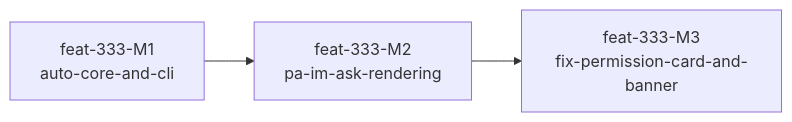
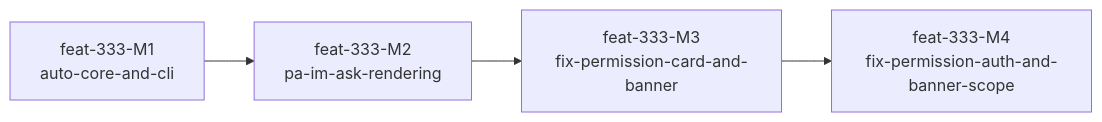
One commit to Mrchen116/nano-multiagent changed the diagram in docs/changes/feat-333-auto-mode-classifier/design.md. Above: the diagram before and after it, drawn with Mermaid. The commit also changed other lines of this file, not shown here.

````diff
--- a/docs/changes/feat-333-auto-mode-classifier/design.md
+++ b/docs/changes/feat-333-auto-mode-classifier/design.md
@@ -919,5 +921,6 @@
 ```mermaid
 graph LR
   M1[feat-333-M1<br/>auto-core-and-cli] --> M2[feat-333-M2<br/>pa-im-ask-rendering]
   M2 --> M3[feat-333-M3<br/>fix-permission-card-and-banner]
+  M3 --> M4[feat-333-M4<br/>fix-permission-auth-and-banner-scope]
 ```
````
